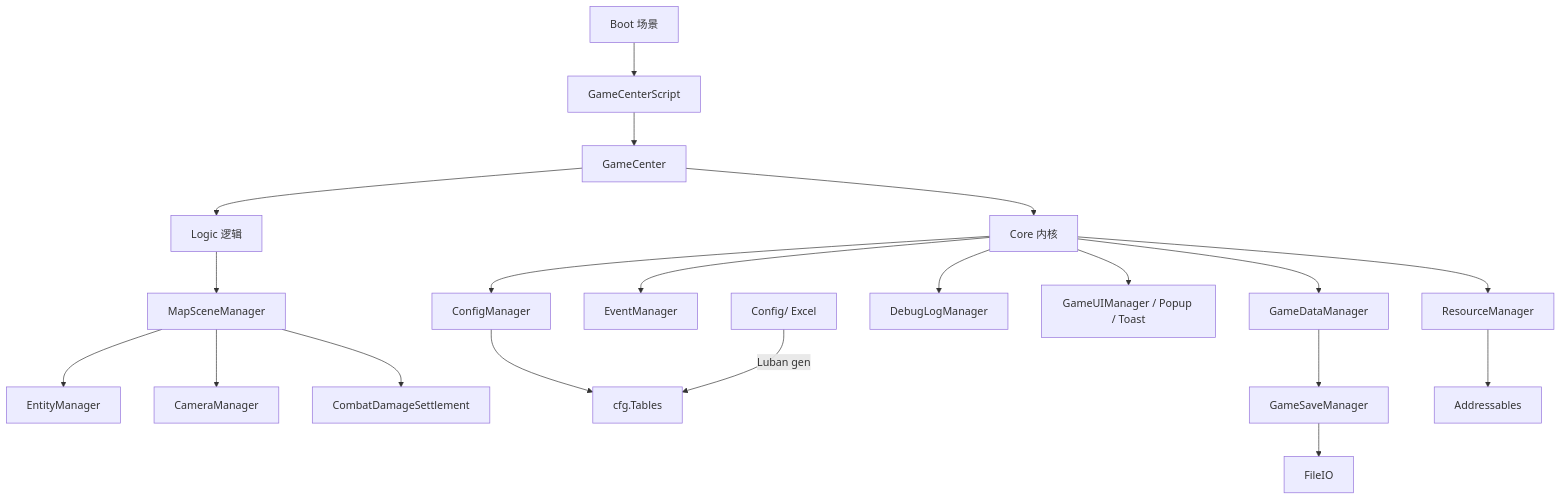
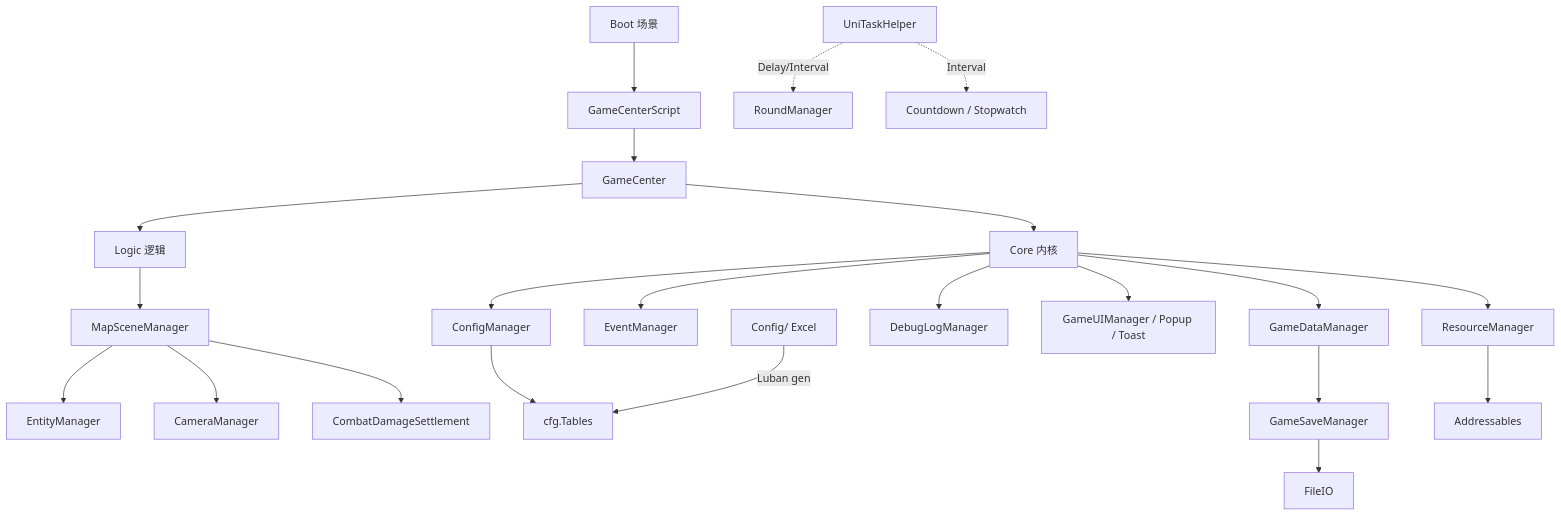
The diagram in README.md (lyereb/Dragon), drawn with Mermaid before and after one commit. The commit also changed other lines of this file and 20 other files, not shown here.

````diff
--- a/README.md
+++ b/README.md
@@ -644,22 +655,24 @@
 ```mermaid
 flowchart TB
     Boot[Boot 场景] --> GCS[GameCenterScript]
     GCS --> GC[GameCenter]
     GC --> Core[Core 内核]
     GC --> Logic[Logic 逻辑]
     Core --> RM[ResourceManager]
     Core --> CM[ConfigManager]
     Core --> EM[EventManager]
     Core --> DM[GameDataManager]
     Core --> DLM[DebugLogManager]
     Core --> UI[GameUIManager / Popup / Toast]
     Logic --> MSM[MapSceneManager]
     MSM --> EntM[EntityManager]
     MSM --> CamM[CameraManager]
     MSM --> Combat[CombatDamageSettlement]
     CM --> Luban[cfg.Tables]
     DM --> Save[GameSaveManager]
     Save --> FIO[FileIO]
     RM --> Addr[Addressables]
     Config[Config/ Excel] -->|Luban gen| Luban
+    TimeLib[UniTaskHelper] -.->|Delay/Interval| Round[RoundManager]
+    TimeLib -.->|Interval| CountDown[Countdown / Stopwatch]
 ```
````
